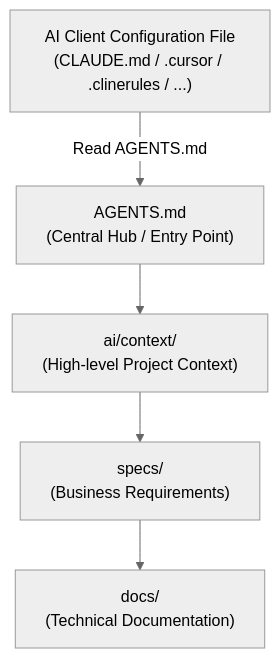
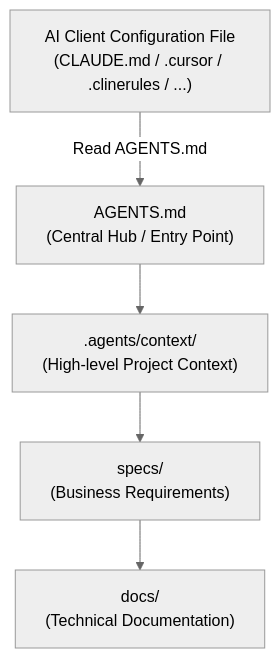
Before and after one commit to pjkober/ai-context-tree: the diagram in docs/05-ai-integration.md, drawn with Mermaid (neutral theme). The commit also changed other lines of this file and 49 other files, not shown here.

````diff
--- a/docs/05-ai-integration.md
+++ b/docs/05-ai-integration.md
@@ -117,13 +117,13 @@
 ```mermaid
 flowchart TD
     CONFIG["AI Client Configuration File<br/>(CLAUDE.md / .cursor / .clinerules / ...)"]
     AGENTS["AGENTS.md<br/>(Central Hub / Entry Point)"]
-    CONTEXT["ai/context/<br/>(High-level Project Context)"]
+    CONTEXT[".agents/context/<br/>(High-level Project Context)"]
     SPECS["specs/<br/>(Business Requirements)"]
     DOCS["docs/<br/>(Technical Documentation)"]
 
     CONFIG -->|Read AGENTS.md| AGENTS
     AGENTS --> CONTEXT
     CONTEXT --> SPECS
     SPECS --> DOCS
 ```
````
